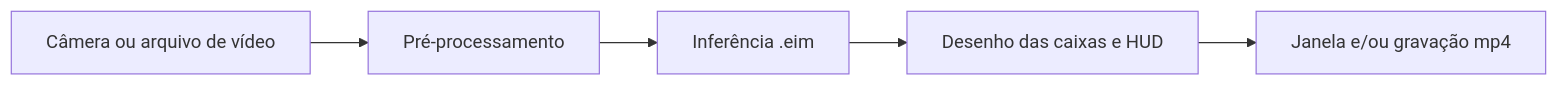
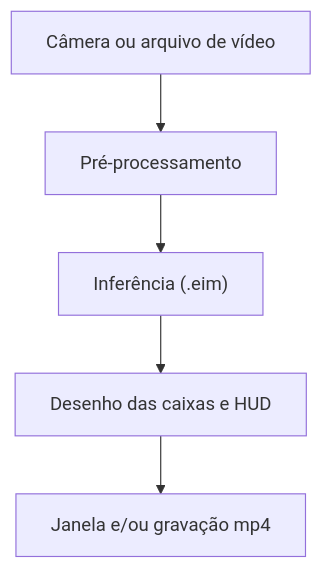
Before and after one commit to Acciolyy/Cell-Detector: the diagram in README.md, drawn with Mermaid.

Commit message:
docs: fix mermaid diagram rendering in README

````diff
--- a/README.md
+++ b/README.md
@@ -34,7 +34,7 @@
 ```mermaid
-flowchart LR
-    A[Câmera ou arquivo de vídeo] --> B[Pré-processamento]
-    B --> C[Inferência .eim]
-    C --> D[Desenho das caixas e HUD]
-    D --> E[Janela e/ou gravação mp4]
+flowchart TD
+    A["Câmera ou arquivo de vídeo"] --> B["Pré-processamento"]
+    B --> C["Inferência (.eim)"]
+    C --> D["Desenho das caixas e HUD"]
+    D --> E["Janela e/ou gravação mp4"]
 ```
````
